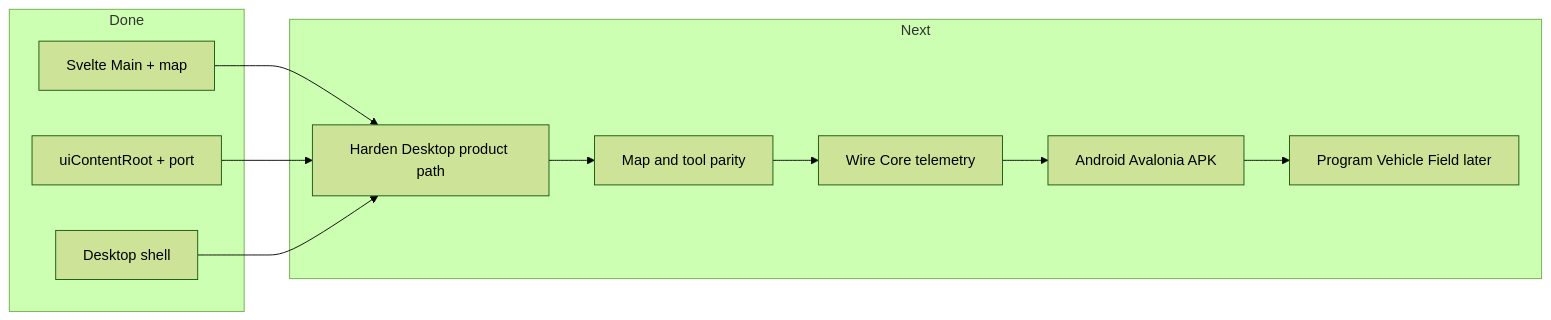
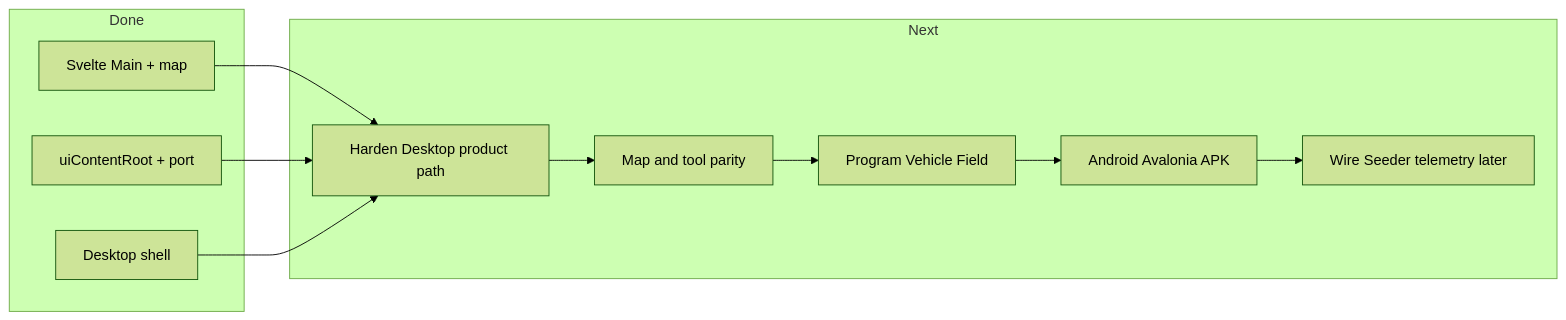
The diagram in SeederTerminal/Plans/NEXT_STEPS.md (jimua/AgOpenWeb), drawn with Mermaid (forest theme) before and after one commit. The commit also changed other lines of this file and 2 other files, not shown here.

````diff
--- a/SeederTerminal/Plans/NEXT_STEPS.md
+++ b/SeederTerminal/Plans/NEXT_STEPS.md
@@ -14,22 +14,22 @@
 ```mermaid
 flowchart LR
   subgraph done [Done]
     SpikeUI[Svelte Main + map]
     HostAPI[uiContentRoot + port]
     DeskShell[Desktop shell]
   end
   subgraph next [Next]
     Harden[Harden Desktop product path]
     MapParity[Map and tool parity]
-    Telemetry[Wire Core telemetry]
+    Pages[Program Vehicle Field]
     Android[Android Avalonia APK]
-    Pages[Program Vehicle Field later]
+    Telemetry[Wire Seeder telemetry later]
   end
   SpikeUI --> Harden
   HostAPI --> Harden
   DeskShell --> Harden
   Harden --> MapParity
-  MapParity --> Telemetry
-  Telemetry --> Android
-  Android --> Pages
+  MapParity --> Pages
+  Pages --> Android
+  Android --> Telemetry
 ```
````
